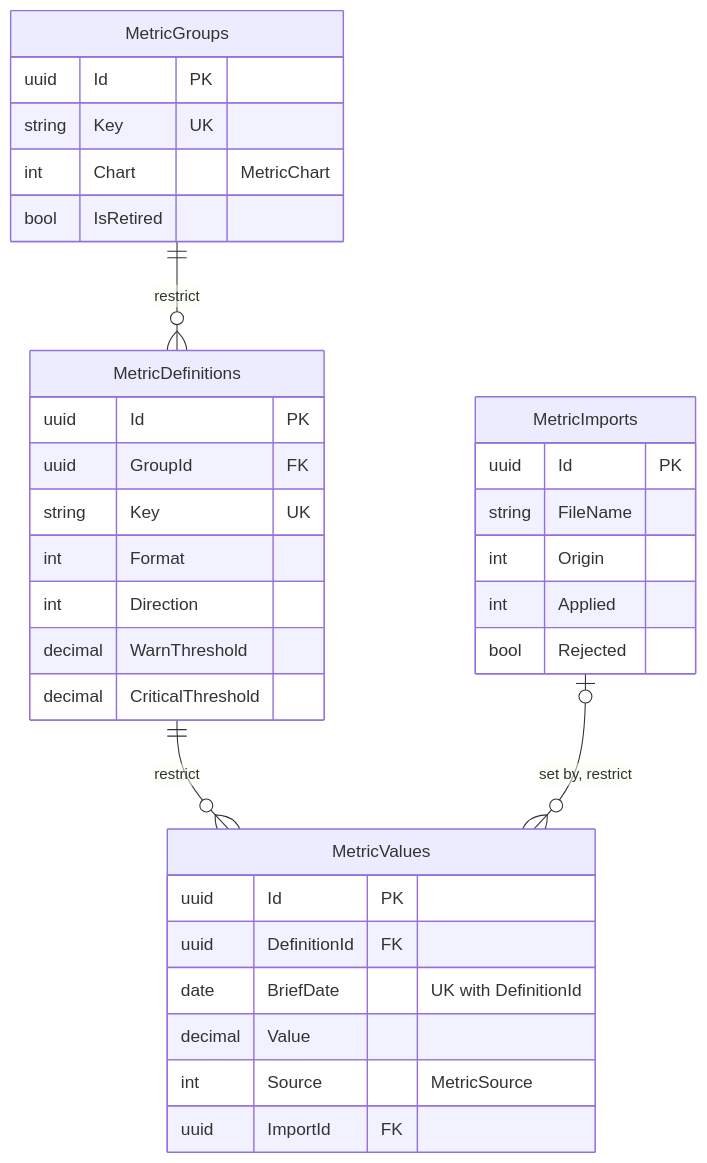
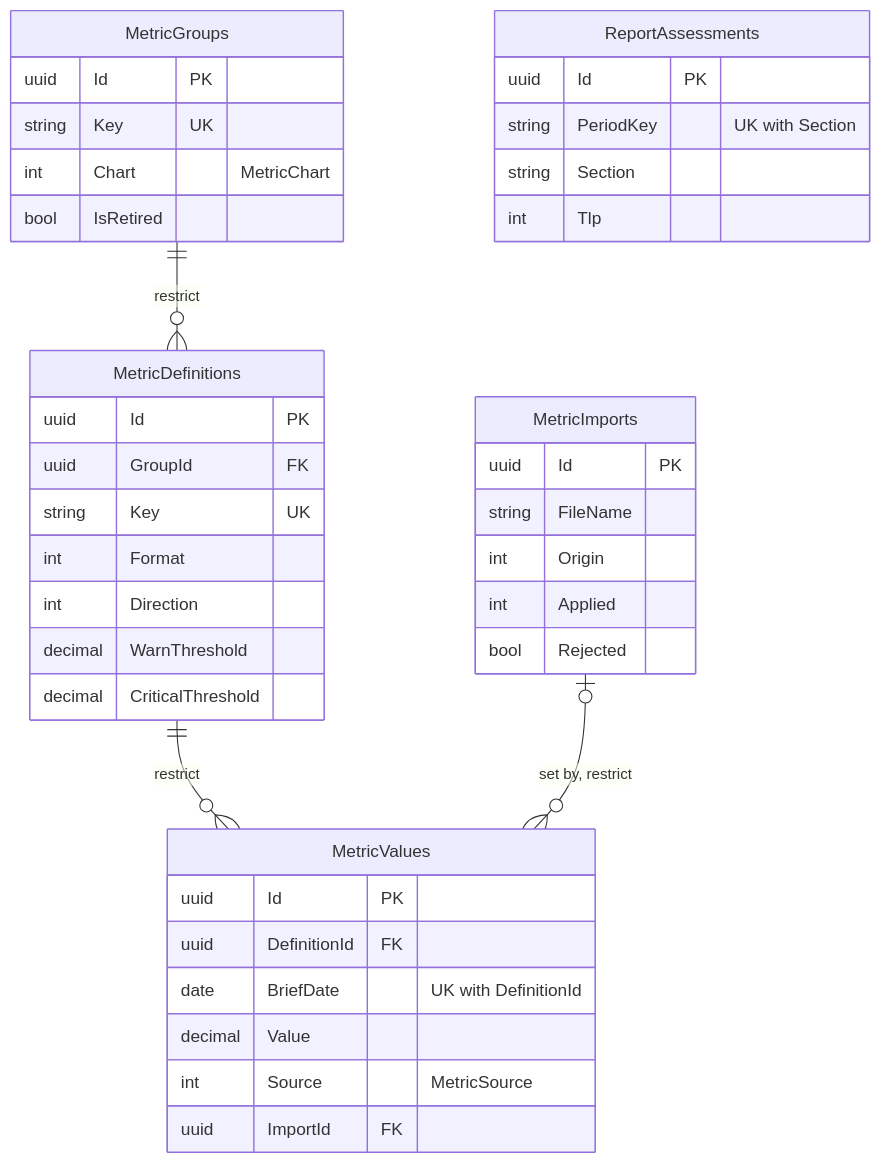
The eighth of 12 diagrams in docs/architecture/data-model.md (jashley92/Tide), drawn with Mermaid before and after one commit. The commit also changed other lines of this file and 27 other files, not shown here.

First line of the commit message:
Report assessments are saved with their period, with a TLP and who edited them

````diff
--- a/docs/architecture/data-model.md
+++ b/docs/architecture/data-model.md
@@ -433,37 +433,43 @@
 ```mermaid
 erDiagram
     MetricGroups ||--o{ MetricDefinitions : "restrict"
     MetricDefinitions ||--o{ MetricValues : "restrict"
     MetricImports |o--o{ MetricValues : "set by, restrict"
 
     MetricGroups {
         uuid Id PK
         string Key UK
         int Chart "MetricChart"
         bool IsRetired
     }
     MetricDefinitions {
         uuid Id PK
         uuid GroupId FK
         string Key UK
         int Format
         int Direction
         decimal WarnThreshold
         decimal CriticalThreshold
     }
     MetricValues {
         uuid Id PK
         uuid DefinitionId FK
         date BriefDate "UK with DefinitionId"
         decimal Value
         int Source "MetricSource"
         uuid ImportId FK
     }
     MetricImports {
         uuid Id PK
         string FileName
         int Origin
         int Applied
         bool Rejected
     }
+    ReportAssessments {
+        uuid Id PK
+        string PeriodKey "UK with Section"
+        string Section
+        int Tlp
+    }
 ```
````
